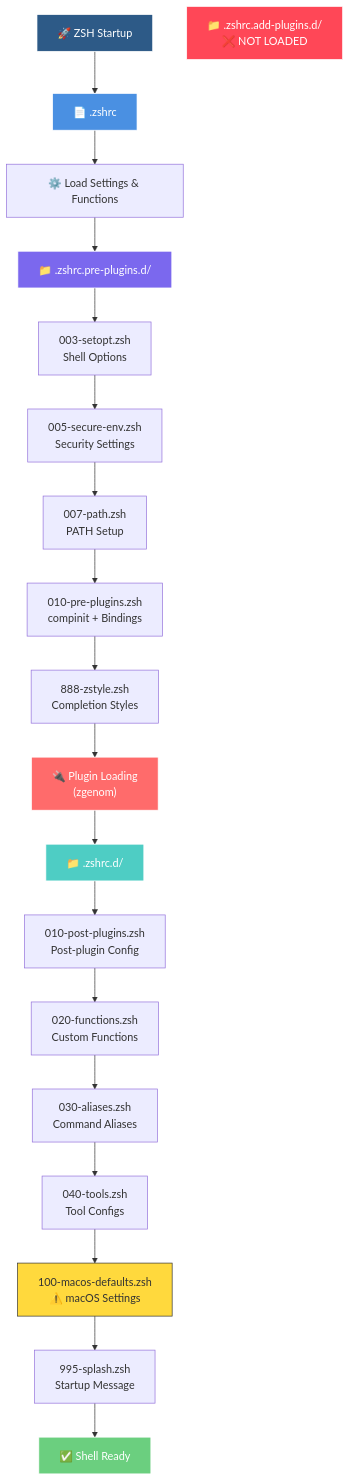
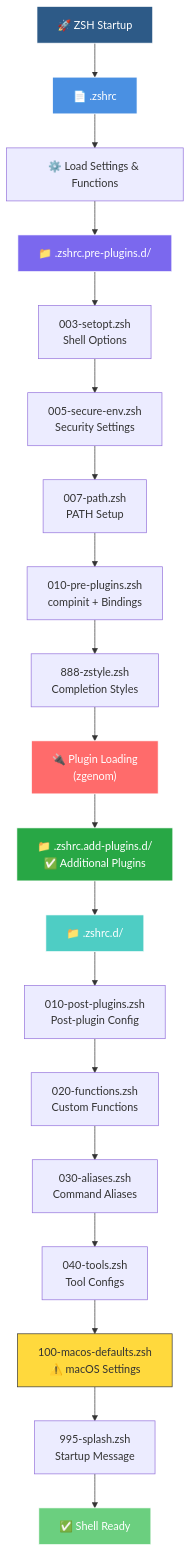
Before and after one commit to s-a-c/dotfiles: the second of 2 diagrams in dot-config/zsh/docs/codebase-analysis-report.md, drawn with Mermaid. The commit also changed other lines of this file and 38 other files, not shown here.

````diff
--- a/dot-config/zsh/docs/codebase-analysis-report.md
+++ b/dot-config/zsh/docs/codebase-analysis-report.md
@@ -125,36 +759,34 @@
 ```mermaid
 flowchart TD
     A["🚀 ZSH Startup"] --> B["📄 .zshrc"]
     B --> C["⚙️ Load Settings & Functions"]
     C --> D["📁 .zshrc.pre-plugins.d/"]
     
     D --> E["003-setopt.zsh<br/>Shell Options"]
     E --> F["005-secure-env.zsh<br/>Security Settings"]
     F --> G["007-path.zsh<br/>PATH Setup"]
     G --> H["010-pre-plugins.zsh<br/>compinit + Bindings"]
     H --> I["888-zstyle.zsh<br/>Completion Styles"]
     
     I --> J["🔌 Plugin Loading<br/>(zgenom)"]
     
-    J --> K["📁 .zshrc.d/"]
+    J --> JA["📁 .zshrc.add-plugins.d/<br/>✅ Additional Plugins"]
+    JA --> K["📁 .zshrc.d/"]
     K --> L["010-post-plugins.zsh<br/>Post-plugin Config"]
     L --> M["020-functions.zsh<br/>Custom Functions"]
     M --> N["030-aliases.zsh<br/>Command Aliases"]
     N --> O["040-tools.zsh<br/>Tool Configs"]
     O --> P["100-macos-defaults.zsh<br/>⚠️ macOS Settings"]
     P --> Q["995-splash.zsh<br/>Startup Message"]
     
     Q --> R["✅ Shell Ready"]
     
     style A fill:#2d5a87,stroke:#ffffff,color:#ffffff
     style B fill:#4a90e2,stroke:#ffffff,color:#ffffff
     style D fill:#7b68ee,stroke:#ffffff,color:#ffffff
     style J fill:#ff6b6b,stroke:#ffffff,color:#ffffff
+    style JA fill:#28a745,stroke:#ffffff,color:#ffffff
     style K fill:#4ecdc4,stroke:#ffffff,color:#ffffff
     style P fill:#ffd93d,stroke:#333,color:#333
     style R fill:#6bcf7f,stroke:#ffffff,color:#ffffff
-    
-    %% Orphaned directory
-    S["📁 .zshrc.add-plugins.d/<br/>❌ NOT LOADED"] 
-    style S fill:#ff4757,stroke:#ffffff,color:#ffffff
 ```
````
